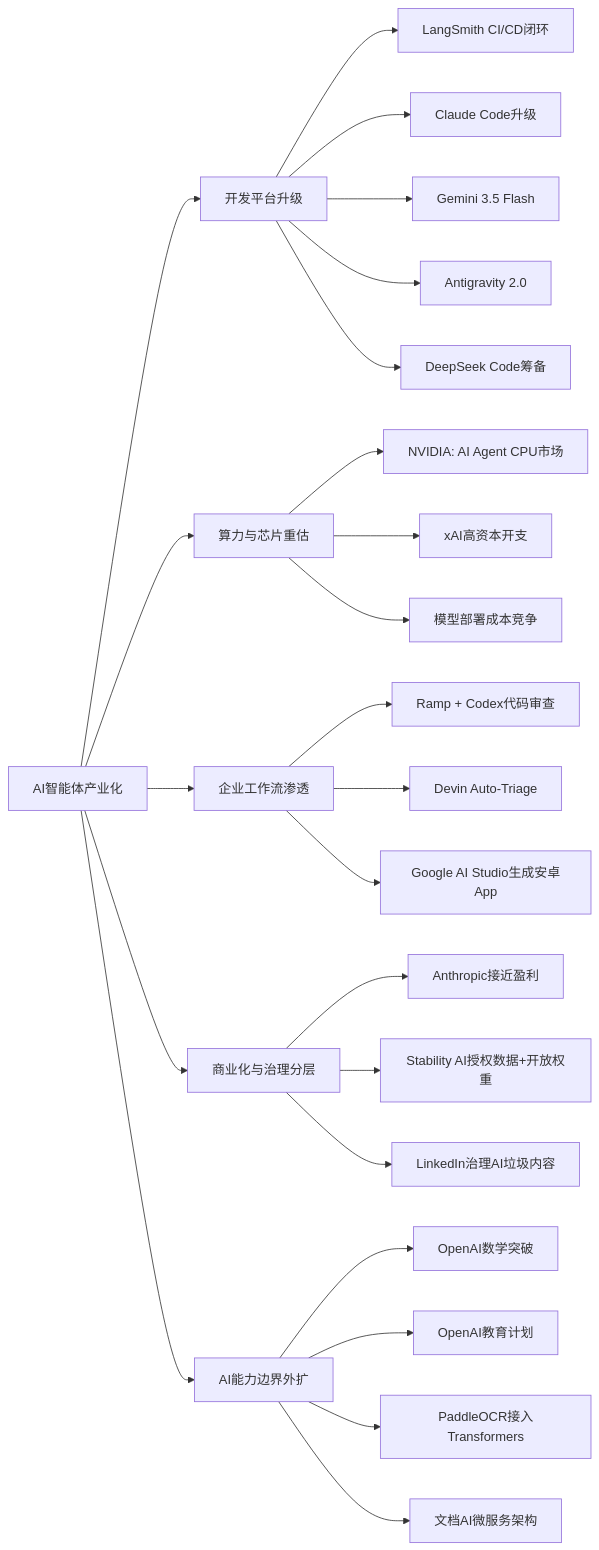
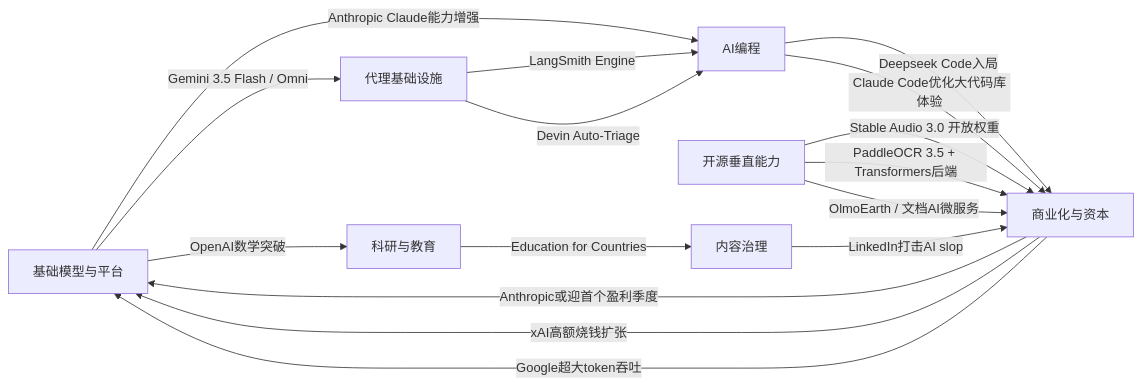
Before and after one commit to zhuxinfei/ai-daily-site: the diagram in content/cn/2026/2026-05/2026-05-21.md, drawn with Mermaid. The commit also changed other lines of this file, not shown here.

````diff
--- a/content/cn/2026/2026-05/2026-05-21.md
+++ b/content/cn/2026/2026-05/2026-05-21.md
@@ -110,32 +118,30 @@
 ```mermaid
 graph LR
-    A[AI智能体产业化] --> B[开发平台升级]
-    A --> C[算力与芯片重估]
-    A --> D[企业工作流渗透]
+    A[基础模型与平台]
+    B[代理基础设施]
+    C[AI编程]
+    D[开源垂直能力]
+    E[商业化与资本]
+    F[科研与教育]
+    G[内容治理]
 
-    B --> B1[LangSmith CI/CD闭环]
-    B --> B2[Claude Code升级]
-    B --> B3[Gemini 3.5 Flash]
-    B --> B4[Antigravity 2.0]
-    B --> B5[DeepSeek Code筹备]
+    A -->|Gemini 3.5 Flash / Omni| B
+    A -->|OpenAI数学突破| F
+    A -->|Anthropic Claude能力增强| C
 
-    C --> C1[NVIDIA: AI Agent CPU市场]
-    C --> C2[xAI高资本开支]
-    C --> C3[模型部署成本竞争]
+    B -->|LangSmith Engine| C
+    B -->|Devin Auto-Triage| C
+    C -->|Deepseek Code入局| E
+    C -->|Claude Code优化大代码库体验| E
 
-    D --> D1[Ramp + Codex代码审查]
-    D --> D2[Devin Auto-Triage]
-    D --> D3[Google AI Studio生成安卓App]
+    D -->|Stable Audio 3.0 开放权重| E
+    D -->|PaddleOCR 3.5 + Transformers后端| E
+    D -->|OlmoEarth / 文档AI微服务| E
 
-    E[商业化与治理分层] --> E1[Anthropic接近盈利]
-    E --> E2[Stability AI授权数据+开放权重]
-    E --> E3[LinkedIn治理AI垃圾内容]
+    E -->|Anthropic或迎首个盈利季度| A
+    E -->|xAI高额烧钱扩张| A
+    E -->|Google超大token吞吐| A
 
-    F[AI能力边界外扩] --> F1[OpenAI数学突破]
-    F --> F2[OpenAI教育计划]
-    F --> F3[PaddleOCR接入Transformers]
-    F --> F4[文档AI微服务架构]
-
-    A --> E
-    A --> F
+    F -->|Education for Countries| G
+    G -->|LinkedIn打击AI slop| E
 ```
````
